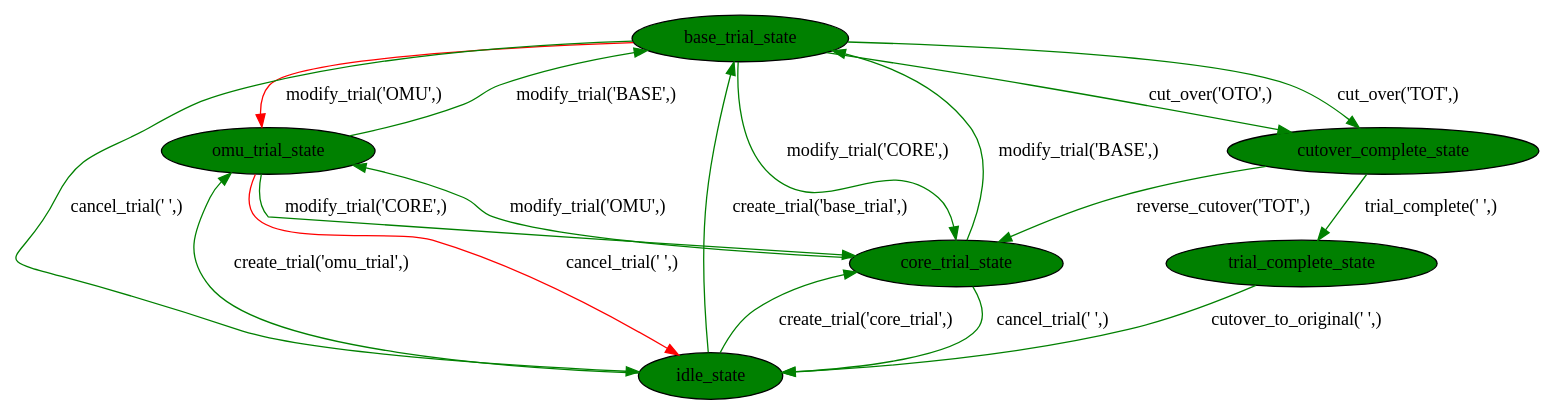
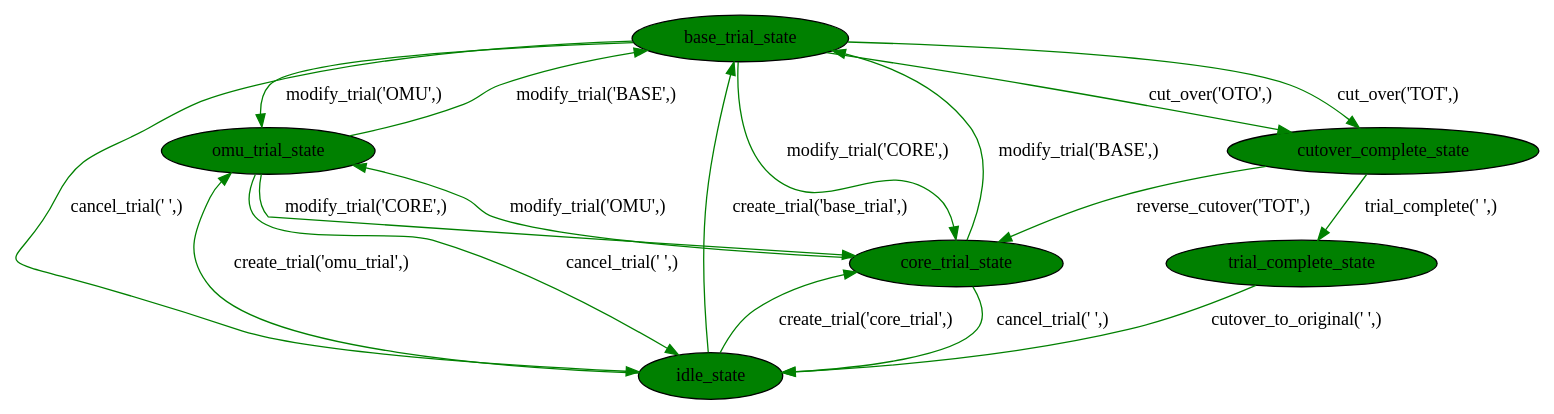
One commit to blueenergy/robogenerator changed the diagram in src/robogenerator/example/TrialService/trial_state_machine.dot. Above: the diagram before and after it, drawn with Graphviz. The commit also changed 15 other files, not shown here.

```diff
--- a/src/robogenerator/example/TrialService/trial_state_machine.dot
+++ b/src/robogenerator/example/TrialService/trial_state_machine.dot
@@ -1,29 +1,29 @@
 digraph trial_state_machine {
 
   // Nodes
   base_trial_state [ style=filled, shape=ellipse, peripheries=1, fillcolor=green ]
   omu_trial_state [ style=filled, shape=ellipse, peripheries=1, fillcolor=green ]
   idle_state [ style=filled, shape=ellipse, peripheries=1, fillcolor=green ]
   core_trial_state [ style=filled, shape=ellipse, peripheries=1, fillcolor=green ]
   trial_complete_state [ style=filled, shape=ellipse, peripheries=1, fillcolor=green ]
   cutover_complete_state [ style=filled, shape=ellipse, peripheries=1, fillcolor=green ]
 
   // Transitions
   idle_state -> omu_trial_state [ label="create_trial('omu_trial',)", tooltip="create_trial('omu_trial',)",color="green"]
   idle_state -> core_trial_state [ label="create_trial('core_trial',)", tooltip="create_trial('core_trial',)",color="green"]
   idle_state -> base_trial_state [ label="create_trial('base_trial',)", tooltip="create_trial('base_trial',)",color="green"]
   omu_trial_state -> core_trial_state [ label="modify_trial('CORE',)", tooltip="modify_trial('CORE',)",color="green"]
   omu_trial_state -> base_trial_state [ label="modify_trial('BASE',)", tooltip="modify_trial('BASE',)",color="green"]
-  omu_trial_state -> idle_state [ label="cancel_trial(' ',)", tooltip="cancel_trial(' ',)",color="red"]
+  omu_trial_state -> idle_state [ label="cancel_trial(' ',)", tooltip="cancel_trial(' ',)",color="green"]
   core_trial_state -> omu_trial_state [ label="modify_trial('OMU',)", tooltip="modify_trial('OMU',)",color="green"]
   core_trial_state -> base_trial_state [ label="modify_trial('BASE',)", tooltip="modify_trial('BASE',)",color="green"]
   core_trial_state -> idle_state [ label="cancel_trial(' ',)", tooltip="cancel_trial(' ',)",color="green"]
-  base_trial_state -> omu_trial_state [ label="modify_trial('OMU',)", tooltip="modify_trial('OMU',)",color="red"]
+  base_trial_state -> omu_trial_state [ label="modify_trial('OMU',)", tooltip="modify_trial('OMU',)",color="green"]
   base_trial_state -> core_trial_state [ label="modify_trial('CORE',)", tooltip="modify_trial('CORE',)",color="green"]
   base_trial_state -> idle_state [ label="cancel_trial(' ',)", tooltip="cancel_trial(' ',)",color="green"]
   base_trial_state -> cutover_complete_state [ label="cut_over('OTO',)", tooltip="cut_over('OTO',)",color="green"]
   base_trial_state -> cutover_complete_state [ label="cut_over('TOT',)", tooltip="cut_over('TOT',)",color="green"]
   cutover_complete_state -> trial_complete_state [ label="trial_complete(' ',)", tooltip="trial_complete(' ',)",color="green"]
   cutover_complete_state -> core_trial_state [ label="reverse_cutover('TOT',)", tooltip="reverse_cutover('TOT',)",color="green"]
   trial_complete_state -> idle_state [ label="cutover_to_original(' ',)", tooltip="cutover_to_original(' ',)",color="green"]
 }
```
